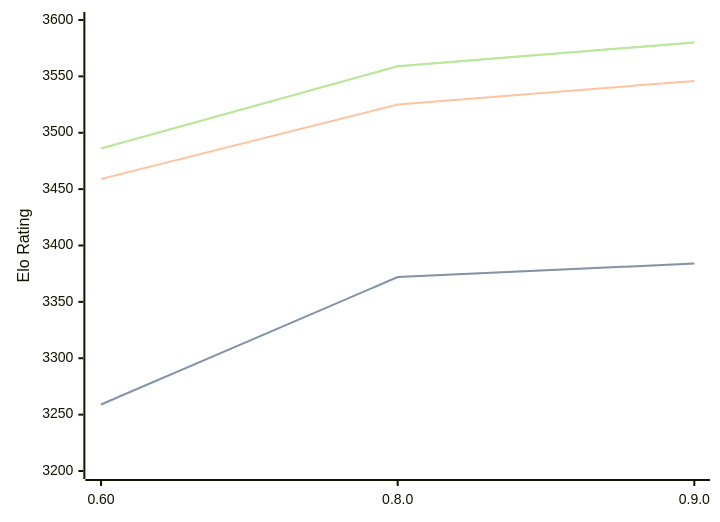
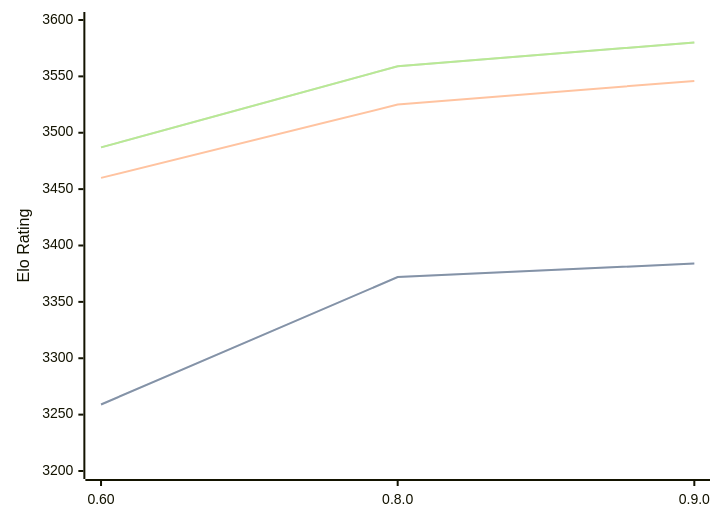
The diagram in engines/Motor.md (computer-chess-index/cci), drawn with Mermaid before and after one commit. The commit also changed other lines of this file, not shown here.

Commit message:
Update CCI Ratings (ELO VLTC) - 2026-05-15

````diff
--- a/engines/Motor.md
+++ b/engines/Motor.md
@@ -39,11 +39,11 @@
 ```mermaid
 %%{init: {"theme":"base","themeVariables":{"seriesColors:['#a3a3a3','#222221','#faa371']}}}%%
 xychart-beta
   x-axis ["0.60", "0.8.0", "0.9.0"]
   y-axis "Elo Rating" 3200 --> 3600
   line "STC (8.0+0.08s)" [3259, 3372, 3384]
   line "STC (8.0+0.08s)" [3259, 3372, 3384]
-  line "LTC (60.0+0.60s)" [3459, 3525, 3546]
-  line "VLTC (2m24s+1.12s)" [3486, 3559, 3580]
-  line "VLTC (2m24s+1.12s)" [3486, 3559, 3580]
+  line "LTC (60.0+0.60s)" [3460, 3525, 3546]
+  line "VLTC (2m24s+1.12s)" [3487, 3559, 3580]
+  line "VLTC (2m24s+1.12s)" [3487, 3559, 3580]
 ```
````
